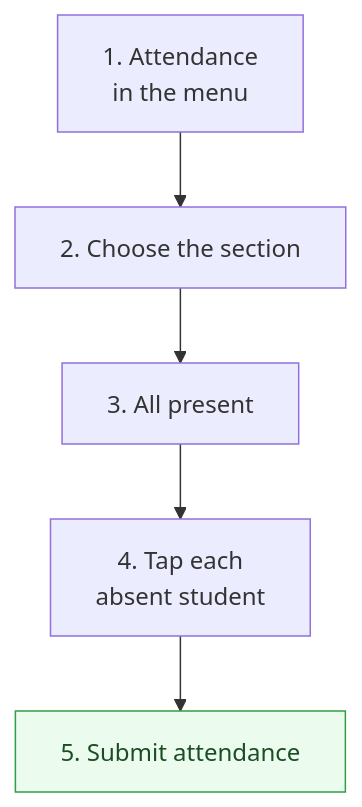
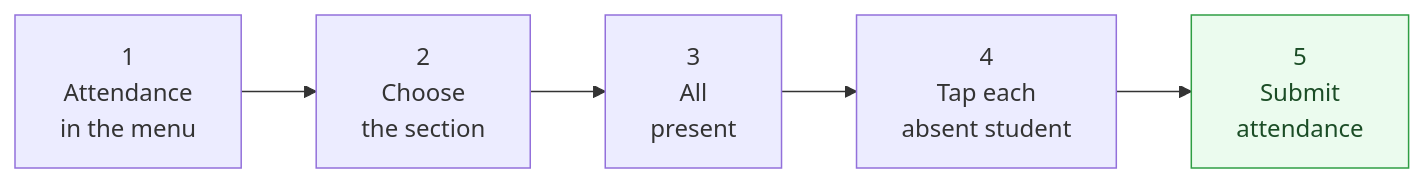
Before and after one commit to tareq89/biddaloy: the diagram in docs/user-guide/_diagrams/attendance-daily.en.mmd, drawn with Mermaid. The commit also changed 37 other files, not shown here.

```diff
--- a/docs/user-guide/_diagrams/attendance-daily.en.mmd
+++ b/docs/user-guide/_diagrams/attendance-daily.en.mmd
@@ -1,8 +1,8 @@
 %% title: Daily attendance, step by step
 %% desc: Open Attendance from the menu, choose the section, press All present, tap each absent student, then submit.
-flowchart TD
-  A["1. Attendance<br/>in the menu"] --> B["2. Choose the section"]
-  B --> C["3. All present"]
-  C --> D["4. Tap each<br/>absent student"]
-  D --> E["5. Submit attendance"]:::done
+flowchart LR
+  A["1<br/>Attendance<br/>in the menu"] --> B["2<br/>Choose<br/>the section"]
+  B --> C["3<br/>All<br/>present"]
+  C --> D["4<br/>Tap each<br/>absent student"]
+  D --> E["5<br/>Submit<br/>attendance"]:::done
   classDef done fill:#ebfbee,stroke:#2f9e44,color:#1b4d26
```
